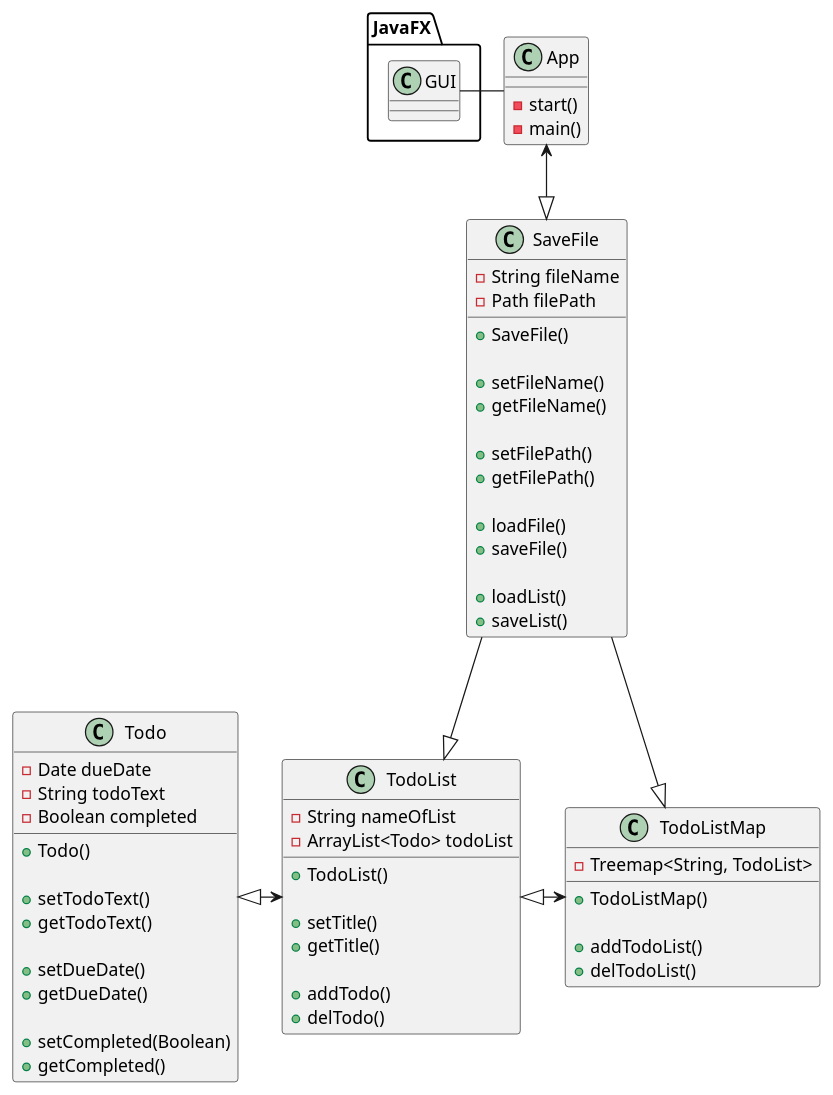
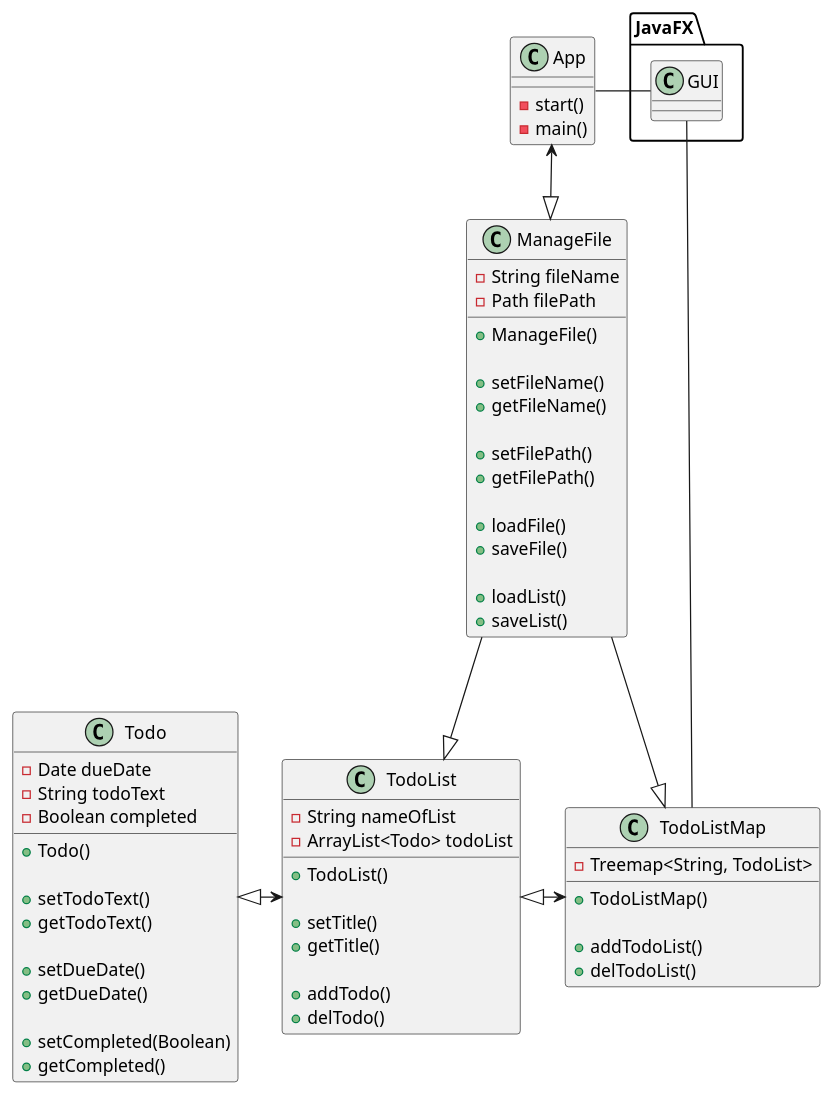
The diagram in uml/App.puml (SlimyMonz/Java-Todo-App), drawn with PlantUML before and after one commit. The commit also changed 8 other files, not shown here.

```diff
--- a/uml/App.puml
+++ b/uml/App.puml
@@ -1,83 +1,84 @@
 @startuml
 'https://plantuml.com/class-diagram
 
 class App {
 
     -start()
     -main()
 }
 
-class SaveFile {
+class ManageFile {
 
     -String fileName
     -Path filePath
 
-    +SaveFile()
+    +ManageFile()
 
     +setFileName()
     +getFileName()
 
     +setFilePath()
     +getFilePath()
 
     +loadFile()
     +saveFile()
 
     +loadList()
     +saveList()
 
 }
 
 class TodoListMap {
     -Treemap<String, TodoList>
 
     +TodoListMap()
 
     +addTodoList()
     +delTodoList()
 }
 
 class TodoList {
     -String nameOfList
     -ArrayList<Todo> todoList
 
     +TodoList()
 
     +setTitle()
     +getTitle()
 
     +addTodo()
     +delTodo()
 }
 
 class Todo {
 
     -Date dueDate
     -String todoText
     -Boolean completed
 
     +Todo()
 
     +setTodoText()
     +getTodoText()
 
     +setDueDate()
     +getDueDate()
 
     +setCompleted(Boolean)
     +getCompleted()
 
 }
 
 
 JavaFX.GUI = App
+JavaFX.GUI = TodoListMap
 
-App <--|> SaveFile
-SaveFile --|> TodoListMap
-SaveFile --|> TodoList
+App <--|> ManageFile
+ManageFile --|> TodoListMap
+ManageFile --|> TodoList
 Todo <|-> TodoList
 TodoList <|-> TodoListMap
 
 
 
 @enduml
```
